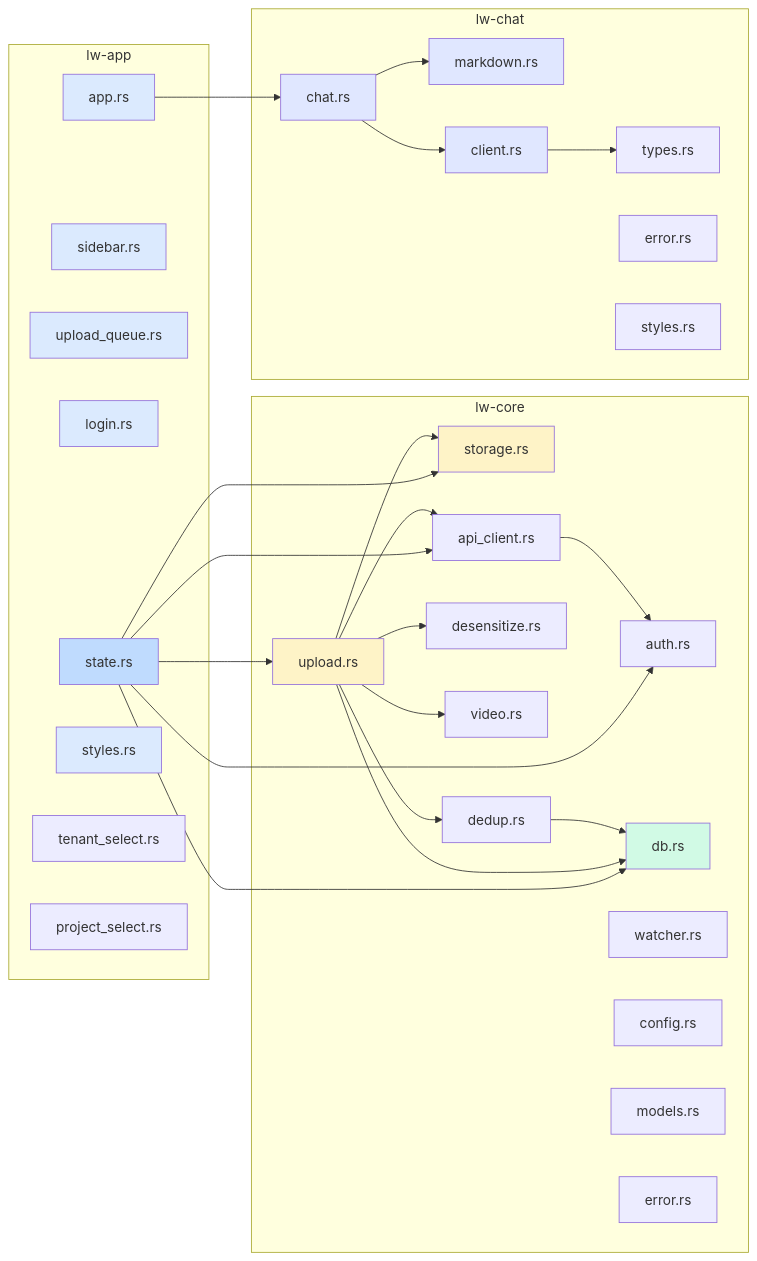
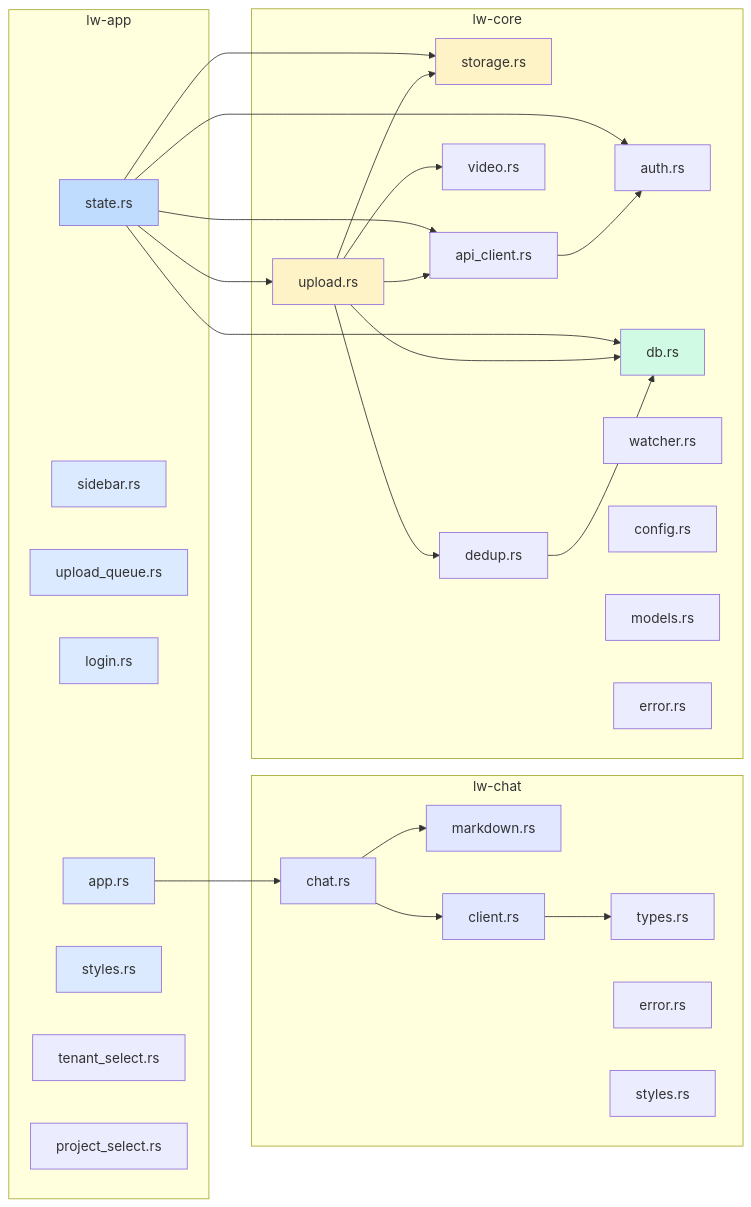
Before and after one commit to Vision-Nexus/linewise-desktop: the fourth of 4 diagrams in ARCHITECTURE.md, drawn with Mermaid. The commit also changed other lines of this file and 21 other files, not shown here.

````diff
--- a/ARCHITECTURE.md
+++ b/ARCHITECTURE.md
@@ -151,70 +148,68 @@
 ```mermaid
 graph LR
     subgraph "lw-app"
         A1[app.rs]
         A2[sidebar.rs]
         A3[upload_queue.rs]
         A4[login.rs]
         A5[state.rs]
         A6[styles.rs]
         A7[tenant_select.rs]
         A8[project_select.rs]
     end
 
     subgraph "lw-chat"
         H1[chat.rs]
         H2[markdown.rs]
         H3[client.rs]
         H4[types.rs]
         H5[error.rs]
         H6[styles.rs]
     end
 
     subgraph "lw-core"
         C1[upload.rs]
         C2[storage.rs]
         C3[api_client.rs]
         C4[auth.rs]
         C5[db.rs]
-        C6[desensitize.rs]
         C7[video.rs]
         C8[dedup.rs]
         C9[watcher.rs]
         C10[config.rs]
         C11[models.rs]
         C12[error.rs]
     end
 
     A1 --> H1
     H1 --> H2
     H1 --> H3
     H3 --> H4
 
     A5 --> C1
     A5 --> C3
     A5 --> C4
     A5 --> C5
     A5 --> C2
 
     C1 --> C2
     C1 --> C3
     C1 --> C5
-    C1 --> C6
     C1 --> C7
     C1 --> C8
     C3 --> C4
     C8 --> C5
 
     style A1 fill:#dbeafe
     style A2 fill:#dbeafe
     style A3 fill:#dbeafe
     style A4 fill:#dbeafe
     style A5 fill:#bfdbfe
     style A6 fill:#dbeafe
     style H1 fill:#e0e7ff
     style H2 fill:#e0e7ff
     style H3 fill:#e0e7ff
     style C1 fill:#fef3c7
     style C2 fill:#fef3c7
     style C5 fill:#d1fae5
 ```
````
